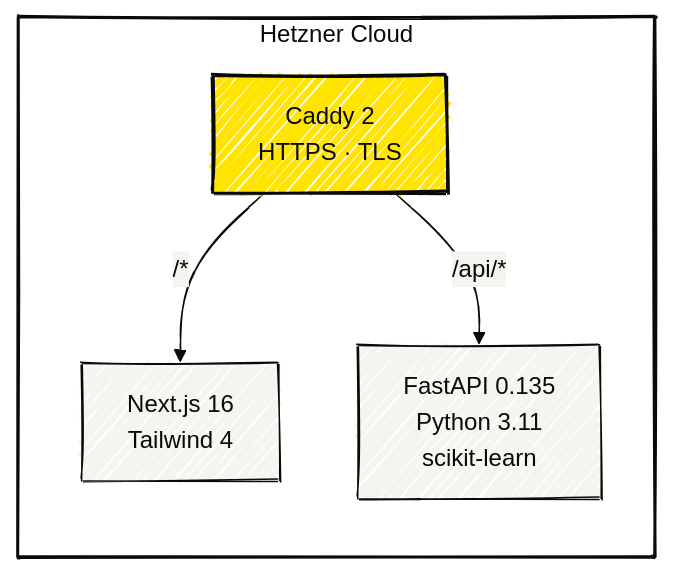
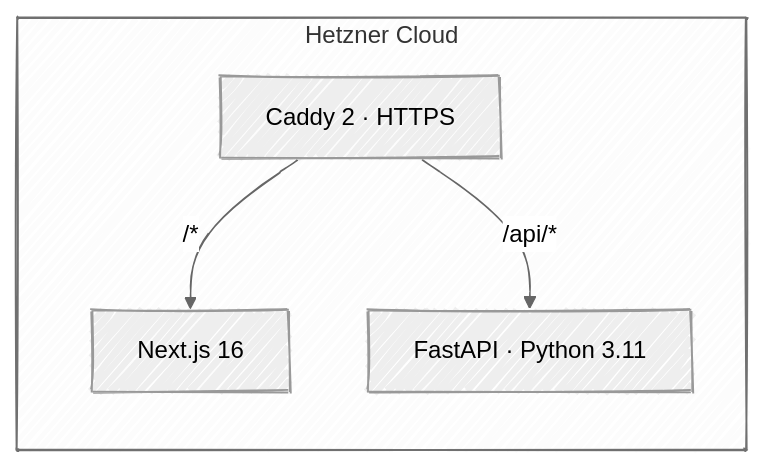
One commit to lukasgro63/hollerithengeryml changed the diagram in README.md. Above: the diagram before and after it, drawn with Mermaid. The commit also changed 2 other files, not shown here.

Commit message:
Simplify Mermaid diagrams to neutral handDrawn theme
Custom brand colors were unreadable in GitHub dark mode. Switched all
diagrams to theme: neutral with no style overrides — clean Excalidraw
look that works in both light and dark mode.

````diff
--- a/README.md
+++ b/README.md
@@ -35,16 +35,11 @@
 ```mermaid
-%%{init: {'look': 'handDrawn', 'theme': 'base', 'themeVariables': {'primaryColor': '#FFE400', 'primaryTextColor': '#0a0a0a', 'primaryBorderColor': '#0a0a0a', 'lineColor': '#0a0a0a', 'secondaryColor': '#f5f5f0'}}}%%
+%%{init: {'look': 'handDrawn', 'theme': 'neutral'}}%%
 graph LR
-    subgraph hetzner["Hetzner Cloud"]
-        caddy["Caddy 2<br/>HTTPS · TLS"]
-        web["Next.js 16<br/>Tailwind 4"]
-        api["FastAPI 0.135<br/>Python 3.11<br/>scikit-learn"]
+    subgraph Hetzner Cloud
+        caddy[Caddy 2 · HTTPS]
+        web[Next.js 16]
+        api[FastAPI · Python 3.11]
     end
-    caddy -->|"/*"| web
-    caddy -->|"/api/*"| api
-
-    style caddy fill:#FFE400,stroke:#0a0a0a,stroke-width:2px,color:#0a0a0a
-    style web fill:#f5f5f0,stroke:#0a0a0a,stroke-width:1px,color:#0a0a0a
-    style api fill:#f5f5f0,stroke:#0a0a0a,stroke-width:1px,color:#0a0a0a
-    style hetzner fill:#ffffff,stroke:#0a0a0a,stroke-width:2px,color:#0a0a0a
+    caddy -- /* --> web
+    caddy -- /api/* --> api
 ```
````
